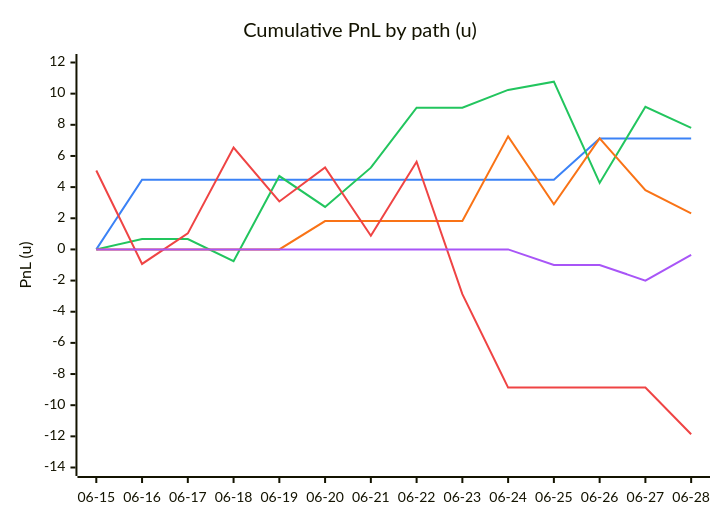
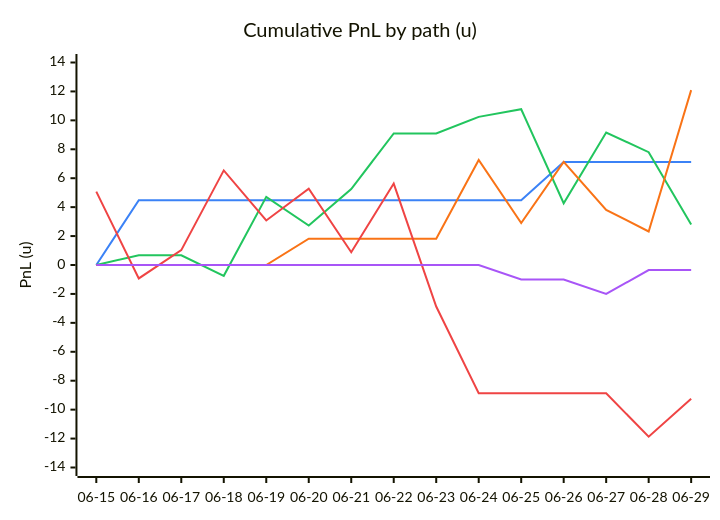
Before and after one commit to dpk1212/nhl-savant: the first of 5 diagrams in DAILY_AGSU_REPORT.md, drawn with Mermaid. The commit also changed other lines of this file, not shown here.

````diff
--- a/DAILY_AGSU_REPORT.md
+++ b/DAILY_AGSU_REPORT.md
@@ -194,12 +196,12 @@
 ```mermaid
 %%{init: {"themeVariables": {"xyChart": {"plotColorPalette": "#3b82f6,#22c55e,#f97316,#ef4444,#a855f7"}}}}%%
 xychart-beta
     title "Cumulative PnL by path (u)"
-    x-axis ["06-15", "06-16", "06-17", "06-18", "06-19", "06-20", "06-21", "06-22", "06-23", "06-24", "06-25", "06-26", "06-27", "06-28"]
-    y-axis "PnL (u)" -14 --> 12
-    line [0, 4.48, 4.48, 4.48, 4.48, 4.48, 4.48, 4.48, 4.48, 4.48, 4.48, 7.12, 7.12, 7.12]
-    line [0, 0.67, 0.67, -0.75, 4.71, 2.73, 5.25, 9.1, 9.1, 10.24, 10.77, 4.27, 9.16, 7.8]
-    line [0, 0, 0, 0, 0, 1.82, 1.82, 1.82, 1.82, 7.26, 2.9, 7.13, 3.81, 2.32]
-    line [5.07, -0.93, 1.03, 6.54, 3.08, 5.27, 0.88, 5.63, -2.87, -8.87, -8.87, -8.87, -8.87, -11.87]
-    line [0, 0, 0, 0, 0, 0, 0, 0, 0, 0, -1, -1, -2, -0.35]
+    x-axis ["06-15", "06-16", "06-17", "06-18", "06-19", "06-20", "06-21", "06-22", "06-23", "06-24", "06-25", "06-26", "06-27", "06-28", "06-29"]
+    y-axis "PnL (u)" -14 --> 14
+    line [0, 4.48, 4.48, 4.48, 4.48, 4.48, 4.48, 4.48, 4.48, 4.48, 4.48, 7.12, 7.12, 7.12, 7.12]
+    line [0, 0.67, 0.67, -0.75, 4.71, 2.73, 5.25, 9.1, 9.1, 10.24, 10.77, 4.27, 9.16, 7.8, 2.8]
+    line [0, 0, 0, 0, 0, 1.82, 1.82, 1.82, 1.82, 7.26, 2.9, 7.13, 3.81, 2.32, 12.09]
+    line [5.07, -0.93, 1.03, 6.54, 3.08, 5.27, 0.88, 5.63, -2.87, -8.87, -8.87, -8.87, -8.87, -11.87, -9.24]
+    line [0, 0, 0, 0, 0, 0, 0, 0, 0, 0, -1, -1, -2, -0.35, -0.35]
 ```
````
